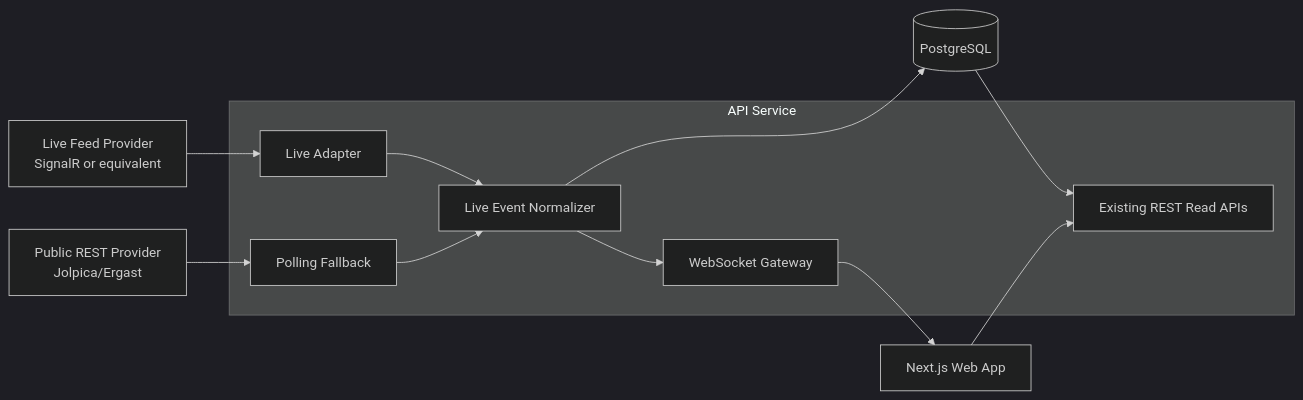
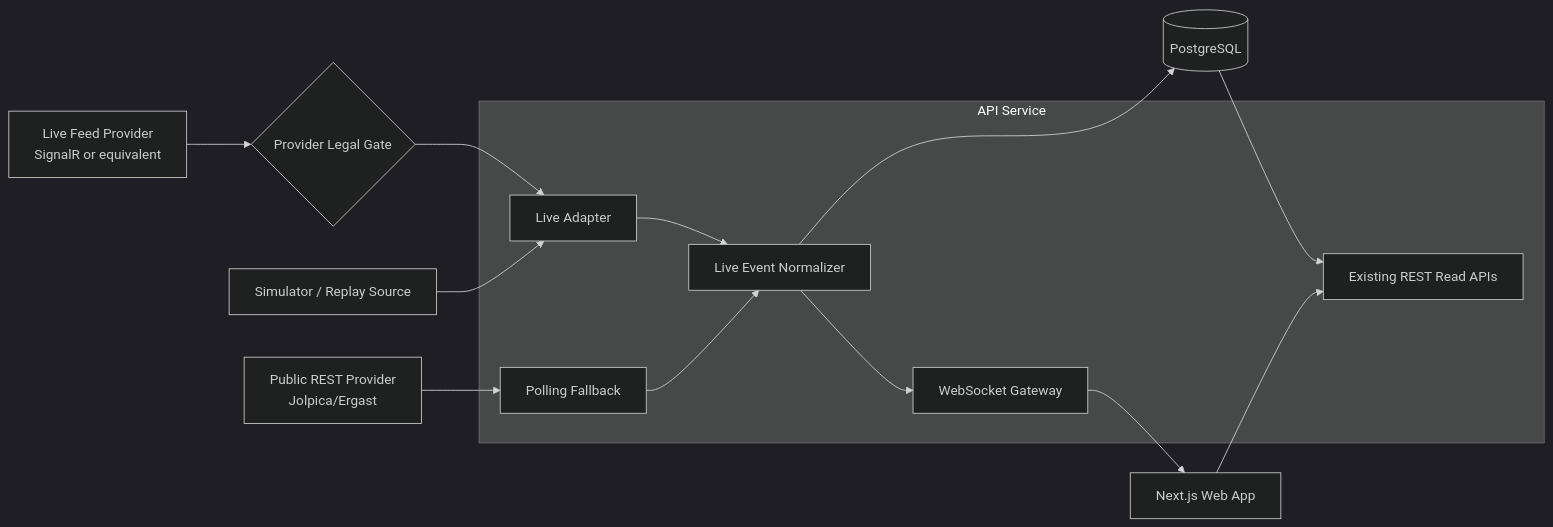
Before and after one commit to wocampodev/f1-vibetiming: the diagram in docs/architecture/07-live-mode-extension.md, drawn with Mermaid (dark theme). The commit also changed other lines of this file and 12 other files, not shown here.

Commit message:
feat(api): add simulator-first live stream foundation

````diff
--- a/docs/architecture/07-live-mode-extension.md
+++ b/docs/architecture/07-live-mode-extension.md
@@ -5,27 +11,31 @@
 ```mermaid
 flowchart LR
   providerLive["Live Feed Provider<br/>SignalR or equivalent"]
+  providerSim["Simulator / Replay Source"]
+  legalGate{"Provider Legal Gate"}
   providerRest["Public REST Provider<br/>Jolpica/Ergast"]
 
   subgraph Api[API Service]
     liveAdapter[Live Adapter]
     pollFallback[Polling Fallback]
     normalizer[Live Event Normalizer]
     streamGateway[WebSocket Gateway]
     readApi[Existing REST Read APIs]
   end
 
   db[(PostgreSQL)]
   web[Next.js Web App]
 
-  providerLive --> liveAdapter
+  providerLive --> legalGate
+  legalGate --> liveAdapter
+  providerSim --> liveAdapter
   providerRest --> pollFallback
   liveAdapter --> normalizer
   pollFallback --> normalizer
   normalizer --> db
   normalizer --> streamGateway
   db --> readApi
 
   web --> readApi
   streamGateway --> web
 ```
````
